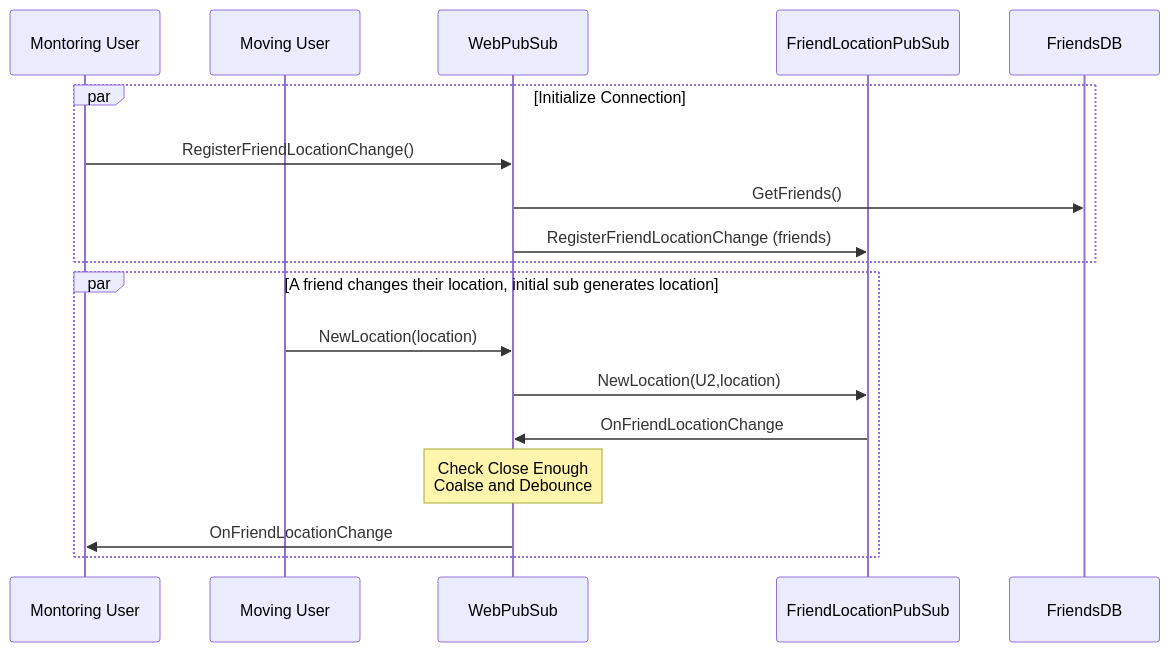
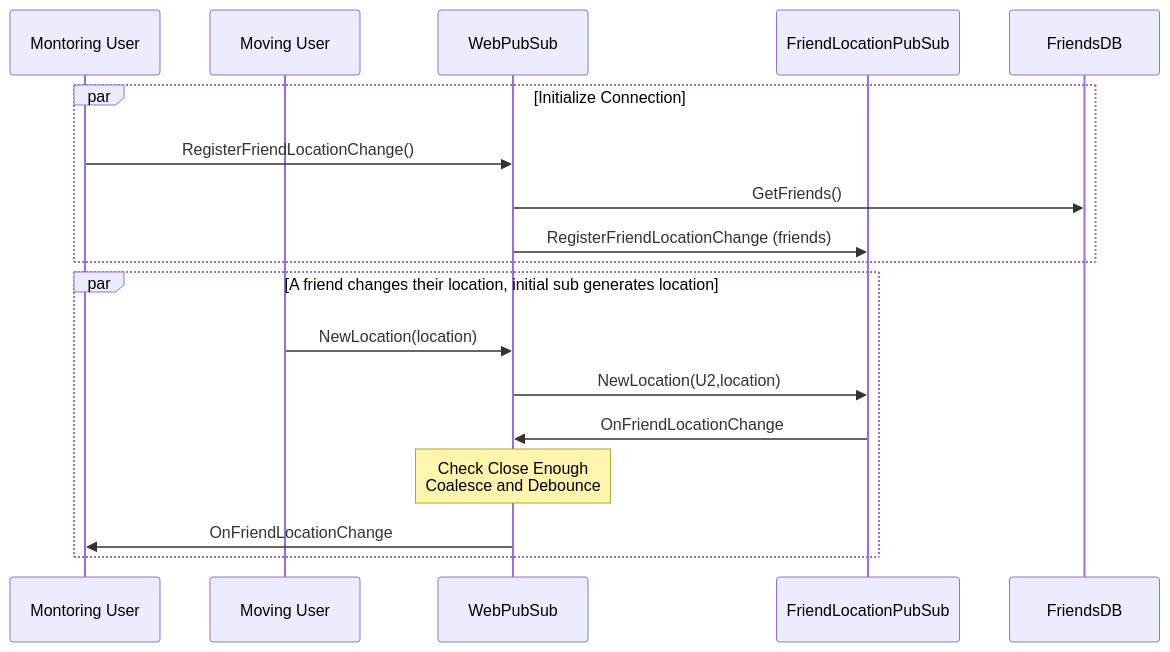
One commit to idvorkin/idvorkin.github.io changed the first of 2 diagrams in _td/system-design.md. Above: the diagram before and after it, drawn with Mermaid. The commit also changed other lines of this file and 36 other files, not shown here.

````diff
--- a/_td/system-design.md
+++ b/_td/system-design.md
@@ -245,20 +245,20 @@
 ```mermaid
 sequenceDiagram
     participant U as Montoring User
     participant U2 as Moving User
     participant W_PS as WebPubSub
     participant FL_PS as FriendLocationPubSub
     participant F_DB as FriendsDB
     par Initialize Connection
         U ->> W_PS: RegisterFriendLocationChange()
         W_PS ->> F_DB: GetFriends()
         W_PS ->> FL_PS: RegisterFriendLocationChange (friends)
     end
     par A friend changes their location, initial sub generates location
         U2 ->> W_PS: NewLocation(location)
         W_PS ->> FL_PS: NewLocation(U2,location)
         FL_PS ->>  W_PS: OnFriendLocationChange
-        NOTE over W_PS: Check Close Enough <br> Coalse and Debounce
+        NOTE over W_PS: Check Close Enough <br> Coalesce and Debounce
         W_PS ->>  U: OnFriendLocationChange
     end
 ```
````
